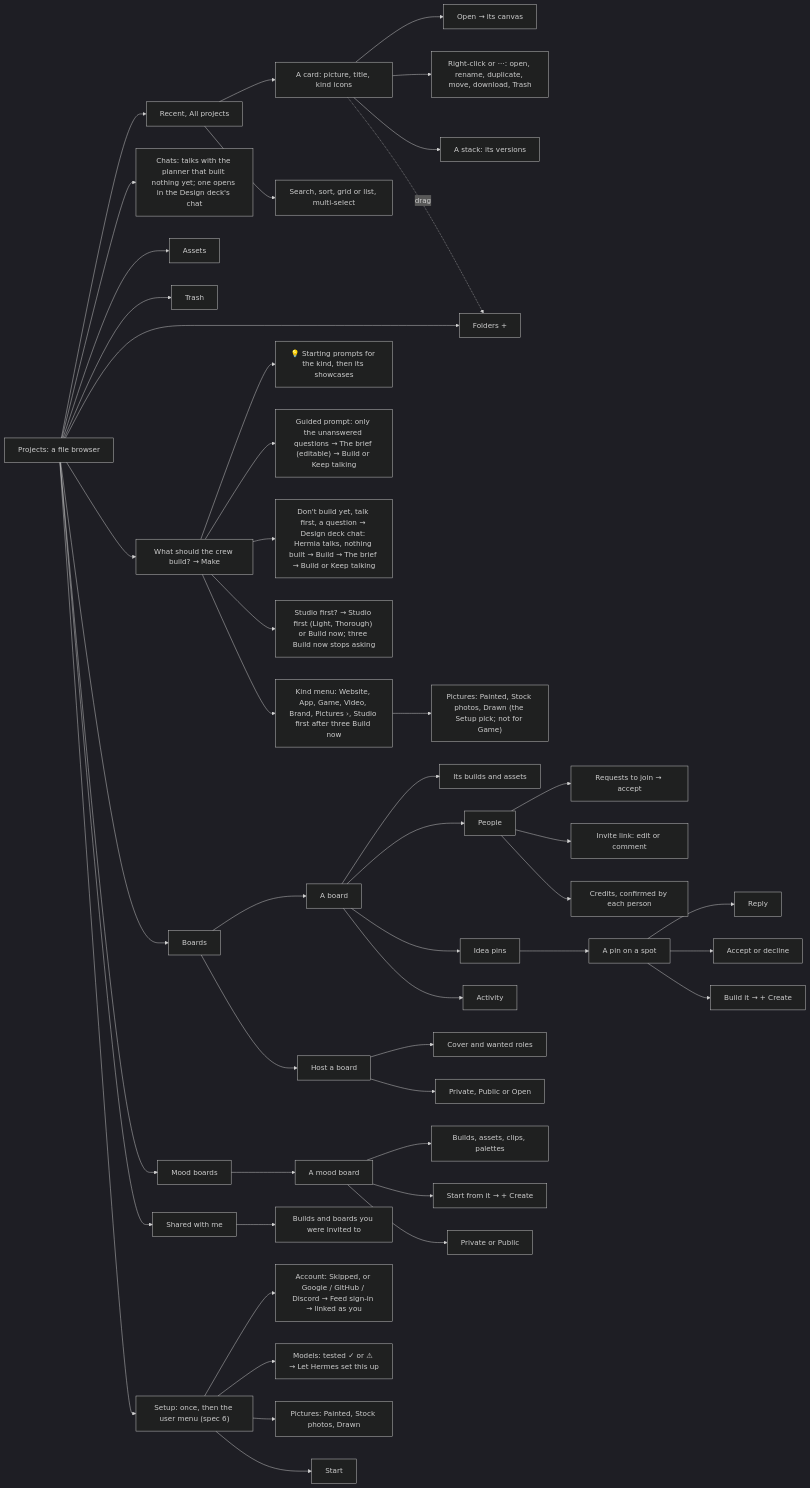
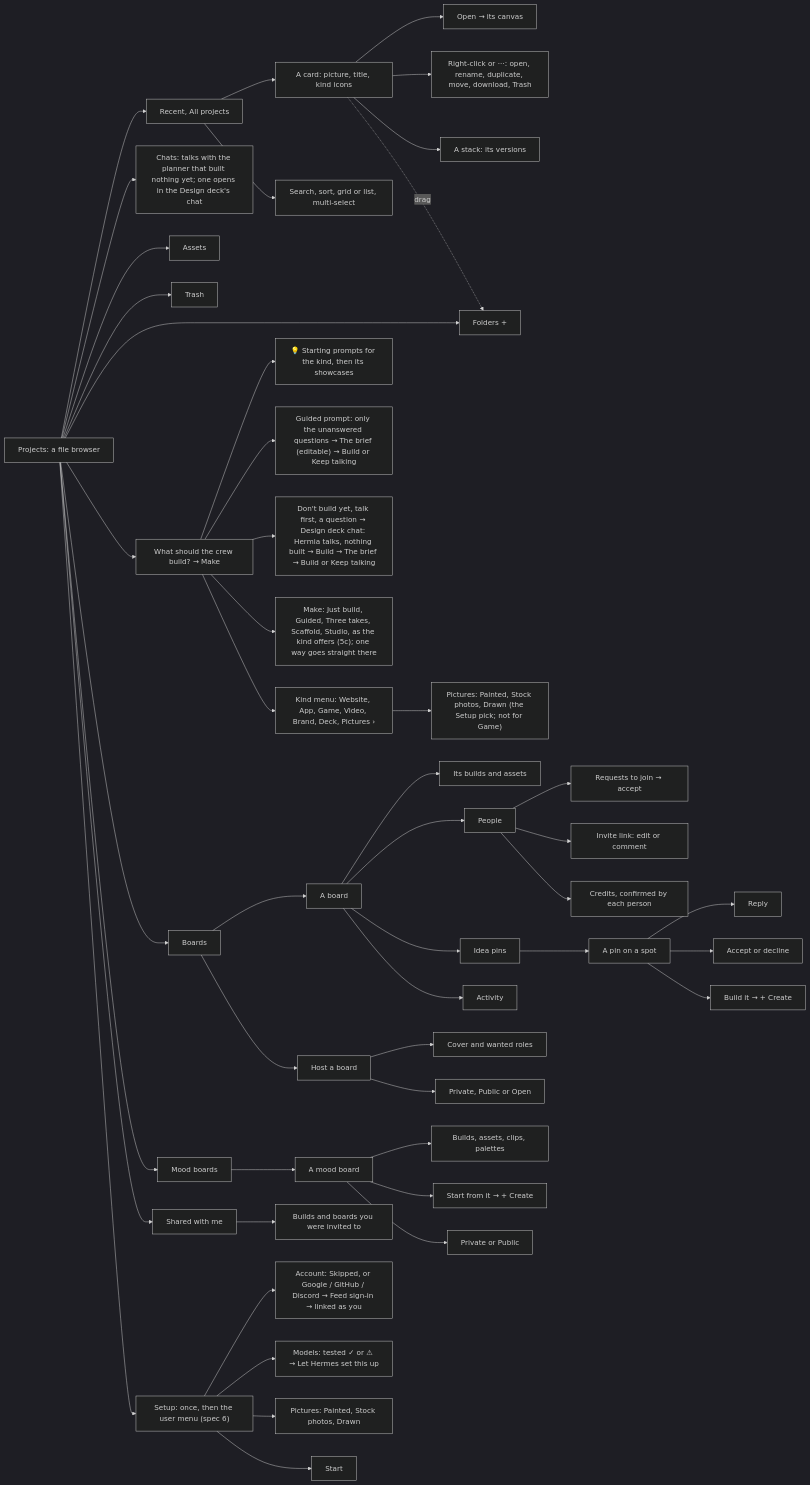
One commit to Pukujan/swarm-studio changed the eighth of 27 diagrams in docs/ux/SITEMAP.md. Above: the diagram before and after it, drawn with Mermaid (dark theme). The commit also changed other lines of this file and 17 other files, not shown here.

First line of the commit message:
The ways to make something: Make offers Just build, Guided, Three takes, Scaffold, Studio (spec 42) (#417)

````diff
--- a/docs/ux/SITEMAP.md
+++ b/docs/ux/SITEMAP.md
@@ -212,49 +228,49 @@
 ```mermaid
 flowchart LR
   PROJ[Projects: a file browser] --> MB["Recent, All projects"]
   PROJ --> CH["Chats: talks with the planner that built nothing yet; one opens in the Design deck's chat"]
   PROJ --> AS[Assets]
   PROJ --> TR[Trash]
   PROJ --> FO["Folders +"]
   PROJ --> ASK["What should the crew build? → Make"]
   ASK --> SC["💡 Starting prompts for the kind, then its showcases"]
   ASK --> GR["Guided prompt: only the unanswered questions → The brief (editable) → Build or Keep talking"]
   ASK --> TK["Don't build yet, talk first, a question → Design deck chat: Hermia talks, nothing built → Build → The brief → Build or Keep talking"]
-  ASK --> TU["Studio first? → Studio first (Light, Thorough) or Build now; three Build now stops asking"]
-  ASK --> KM["Kind menu: Website, App, Game, Video, Brand, Pictures ›, Studio first after three Build now"]
+  ASK --> TU["Make: Just build, Guided, Three takes, Scaffold, Studio, as the kind offers (5c); one way goes straight there"]
+  ASK --> KM["Kind menu: Website, App, Game, Video, Brand, Deck, Pictures ›"]
   KM --> KMP["Pictures: Painted, Stock photos, Drawn (the Setup pick; not for Game)"]
   PROJ --> BD[Boards]
   PROJ --> MO[Mood boards]
   PROJ --> SW[Shared with me]
   PROJ --> SU["Setup: once, then the user menu (spec 6)"]
   SU --> SU0["Account: Skipped, or Google / GitHub / Discord → Feed sign-in → linked as you"]
   SU --> SU1["Models: tested ✓ or ⚠ → Let Hermes set this up"]
   SU --> SU2["Pictures: Painted, Stock photos, Drawn"]
   SU --> SU3[Start]
   MB --> ST["A card: picture, title, kind icons"]
   MB --> MS["Search, sort, grid or list, multi-select"]
   ST --> ORB["Open → its canvas"]
   ST --> RM["Right-click or ⋯: open, rename, duplicate, move, download, Trash"]
   ST --> VS["A stack: its versions"]
   ST -.->|drag| FO
   BD --> BO[A board]
   BD --> BN[Host a board]
   BN --> BN1["Cover and wanted roles"]
   BN --> BN2["Private, Public or Open"]
   BO --> BW["Its builds and assets"]
   BO --> BP[People]
   BO --> BI[Idea pins]
   BO --> BA[Activity]
   BP --> BP1["Requests to join → accept"]
   BP --> BP2["Invite link: edit or comment"]
   BP --> BP3["Credits, confirmed by each person"]
   BI --> PIN[A pin on a spot]
   PIN --> PIN1[Reply]
   PIN --> PIN2[Accept or decline]
   PIN --> PIN3["Build it → + Create"]
   MO --> MOB[A mood board]
   MOB --> MOI["Builds, assets, clips, palettes"]
   MOB --> MOS["Start from it → + Create"]
   MOB --> MOV["Private or Public"]
   SW --> SWB["Builds and boards you were invited to"]
 ```
````
